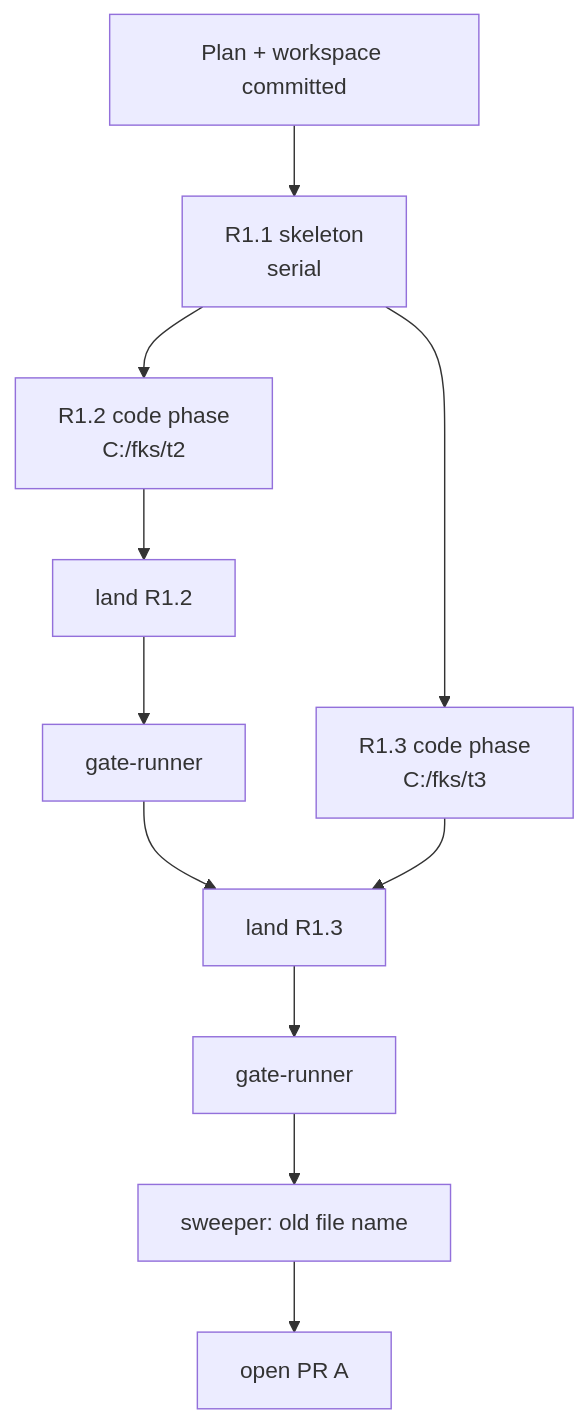
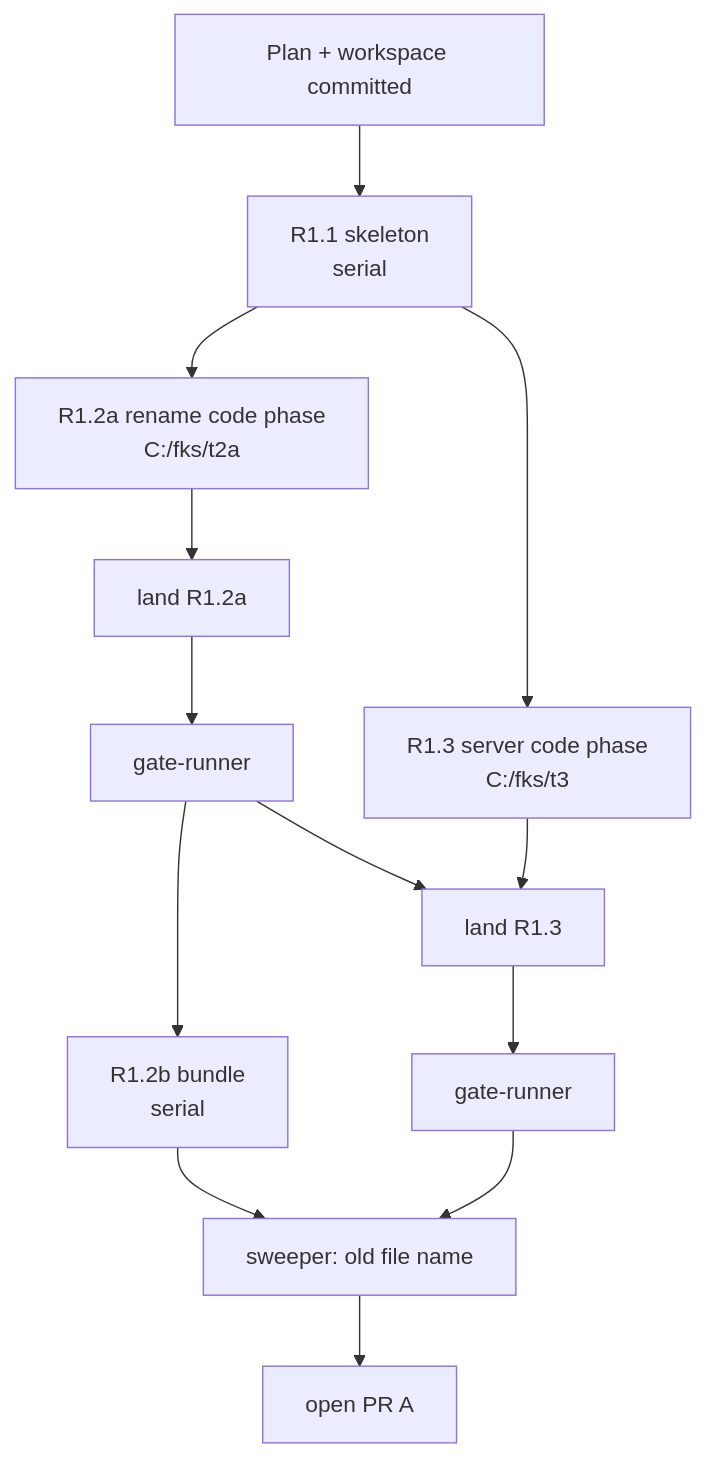
One commit to pterw/font-kit-studio changed the diagram in docs/plans/2026-10-04-r1-pr-a-sdd.md. Above: the diagram before and after it, drawn with Mermaid. The commit also changed other lines of this file and 4 other files, not shown here.

First line of the commit message:
docs: split the Studio rename from the bundle step

````diff
--- a/docs/plans/2026-10-04-r1-pr-a-sdd.md
+++ b/docs/plans/2026-10-04-r1-pr-a-sdd.md
@@ -44,8 +44,9 @@
 ```mermaid
 flowchart TD
     P["Plan + workspace committed"] --> T1["R1.1 skeleton<br/>serial"]
-    T1 --> C2["R1.2 code phase<br/>C:/fks/t2"] & C3["R1.3 code phase<br/>C:/fks/t3"]
-    C2 --> L2["land R1.2"] --> G2["gate-runner"] --> L3["land R1.3"] --> G3["gate-runner"]
-    C3 --> L3
-    G3 --> S["sweeper: old file name"] --> PR["open PR A"]
+    T1 --> C2a["R1.2a rename code phase<br/>C:/fks/t2a"] & C3["R1.3 server code phase<br/>C:/fks/t3"]
+    C2a --> L2a["land R1.2a"] --> G2a["gate-runner"] --> T2b["R1.2b bundle<br/>serial"]
+    C3 --> L3["land R1.3"]
+    G2a --> L3 --> G3["gate-runner"]
+    T2b & G3 --> S["sweeper: old file name"] --> PR["open PR A"]
 ```
````
